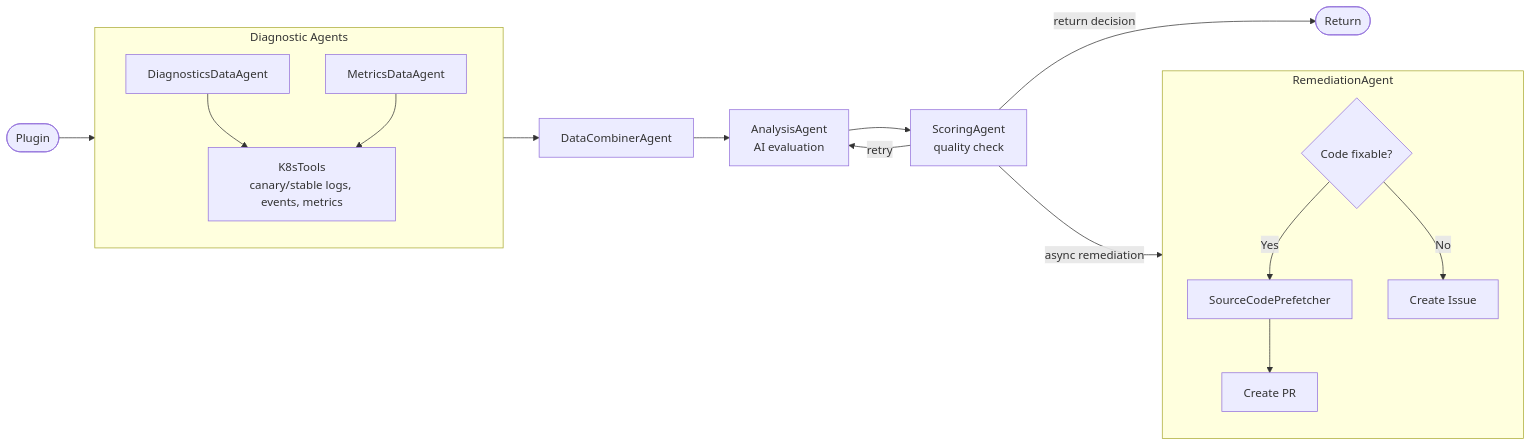
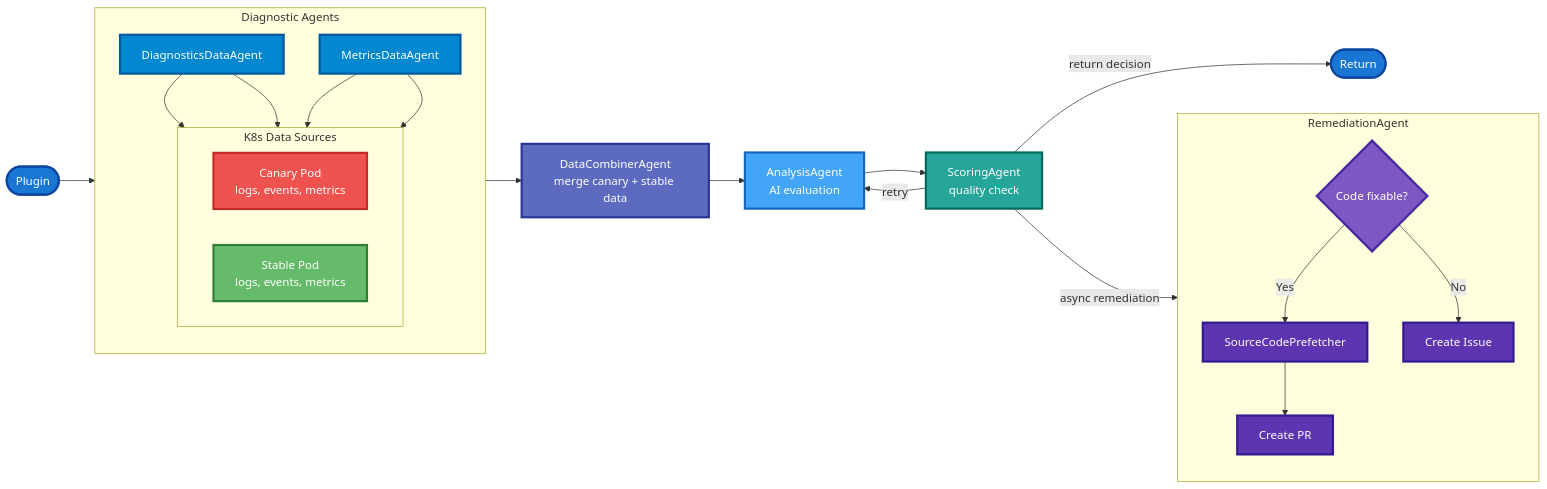
One commit to kdubois/kubernetes-aiops-agent changed the diagram in README.md. Above: the diagram before and after it, drawn with Mermaid. The commit also changed other lines of this file and 3 other files, not shown here.

Commit message:
update versions & architecture diagrams

````diff
--- a/README.md
+++ b/README.md
@@ -90,33 +89,51 @@
 ```mermaid
 flowchart LR
-    A([Plugin]) --> B
+    A([Plugin]):::plugin --> B
 
     subgraph B[Diagnostic Agents]
         direction TB
-        B1[DiagnosticsDataAgent]
-        B2[MetricsDataAgent]
-        B3[K8sTools<br/>canary/stable logs, events, metrics]
-        B1 --> B3
-        B2 --> B3
+        B1[DiagnosticsDataAgent]:::diagnostic
+        B2[MetricsDataAgent]:::diagnostic
+        
+        subgraph K8S[K8s Data Sources]
+            direction LR
+            K1[Canary Pod<br/>logs, events, metrics]:::canary
+            K2[Stable Pod<br/>logs, events, metrics]:::stable
+        end
+        
+        B1 --> K1
+        B1 --> K2
+        B2 --> K1
+        B2 --> K2
     end
 
-    B --> C[DataCombinerAgent]
-    C --> D[AnalysisAgent<br/>AI evaluation]
-    D --> E[ScoringAgent<br/>quality check]
+    B --> C[DataCombinerAgent<br/>merge canary + stable data]:::combiner
+    C --> D[AnalysisAgent<br/>AI evaluation]:::analysis
+    D --> E[ScoringAgent<br/>quality check]:::scoring
 
     E -->|retry| D
-    E -->|return decision| F([Return])
+    E -->|return decision| F([Return]):::plugin
 
     E -->|async remediation| G
 
     subgraph G[RemediationAgent]
         direction TB
-        G1{Code fixable?}
-        G2[SourceCodePrefetcher]
-        G3[Create PR]
-        G4[Create Issue]
+        G1{Code fixable?}:::decision
+        G2[SourceCodePrefetcher]:::remediation
+        G3[Create PR]:::remediation
+        G4[Create Issue]:::remediation
         G1 -->|Yes| G2
         G2 --> G3
         G1 -->|No| G4
     end
+
+    classDef plugin fill:#1976d2,stroke:#0d47a1,stroke-width:3px,color:#fff
+    classDef diagnostic fill:#0288d1,stroke:#01579b,stroke-width:3px,color:#fff
+    classDef canary fill:#ef5350,stroke:#c62828,stroke-width:3px,color:#fff
+    classDef stable fill:#66bb6a,stroke:#2e7d32,stroke-width:3px,color:#fff
+    classDef combiner fill:#5c6bc0,stroke:#283593,stroke-width:3px,color:#fff
+    classDef analysis fill:#42a5f5,stroke:#1565c0,stroke-width:3px,color:#fff
+    classDef scoring fill:#26a69a,stroke:#00695c,stroke-width:3px,color:#fff
+    classDef decision fill:#7e57c2,stroke:#4527a0,stroke-width:3px,color:#fff
+    classDef remediation fill:#5e35b1,stroke:#311b92,stroke-width:3px,color:#fff
 ```
````
